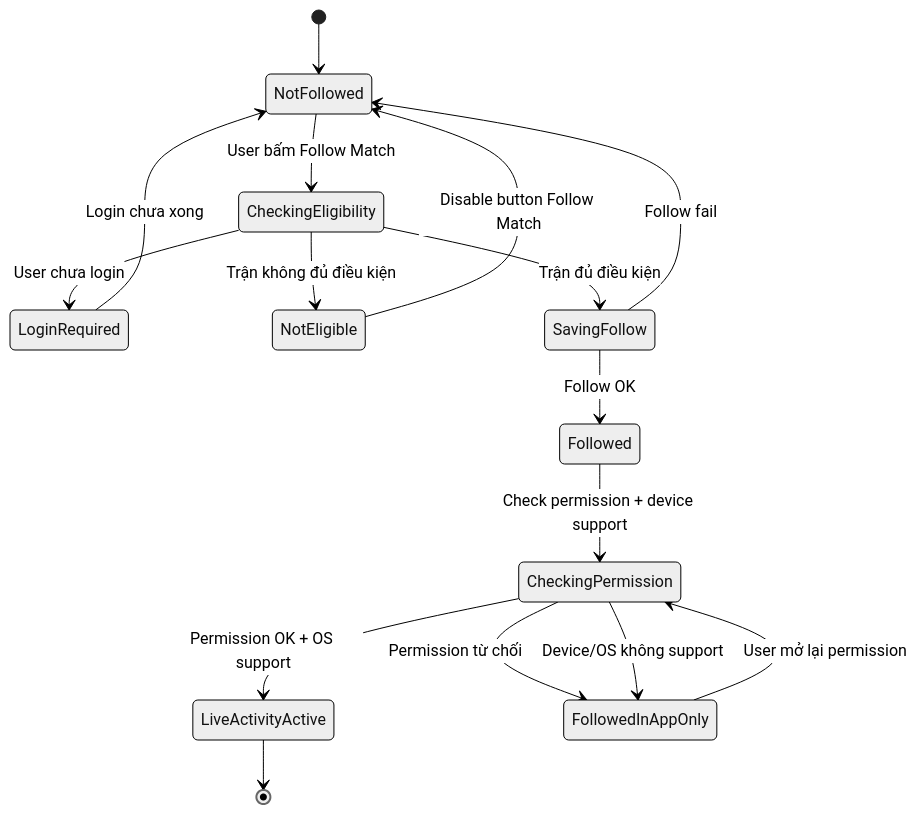
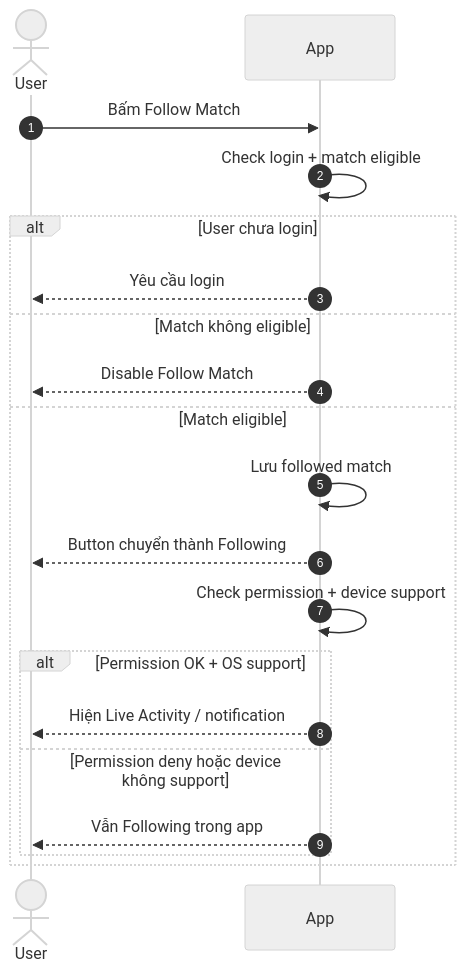
The first of 4 diagrams in features/final-docs/Sport-Zone/Live-Activity/product/live-activity-user-flows-functional-requirements.md (duongdang1136/FPTPLay), drawn with Mermaid (neutral theme) before and after one commit. The commit also changed other lines of this file, not shown here.

Commit message:
docs: simplify live activity flow diagrams

````diff
--- a/features/final-docs/Sport-Zone/Live-Activity/product/live-activity-user-flows-functional-requirements.md
+++ b/features/final-docs/Sport-Zone/Live-Activity/product/live-activity-user-flows-functional-requirements.md
@@ -215,25 +216,26 @@
 ```mermaid
-stateDiagram-v2
-    [*] --> NotFollowed
+sequenceDiagram
+    autonumber
 
-    NotFollowed --> CheckingEligibility: User bấm Follow Match
+    actor User as User
+    participant App
 
-    CheckingEligibility --> LoginRequired: User chưa login
-    CheckingEligibility --> NotEligible: Trận không đủ điều kiện
-    CheckingEligibility --> SavingFollow: Trận đủ điều kiện
+    User->>App: Bấm Follow Match
+    App->>App: Check login + match eligible
 
-    LoginRequired --> NotFollowed: Login chưa xong
-    NotEligible --> NotFollowed: Disable button Follow Match
+    alt User chưa login
+        App-->>User: Yêu cầu login
+    else Match không eligible
+        App-->>User: Disable Follow Match
+    else Match eligible
+        App->>App: Lưu followed match
+        App-->>User: Button chuyển thành Following
+        App->>App: Check permission + device support
 
-    SavingFollow --> Followed: Follow OK
-    SavingFollow --> NotFollowed: Follow fail
-
-    Followed --> CheckingPermission: Check permission + device support
-
-    CheckingPermission --> LiveActivityActive: Permission OK + OS support
-    CheckingPermission --> FollowedInAppOnly: Permission từ chối
-    CheckingPermission --> FollowedInAppOnly: Device/OS không support
-
-    FollowedInAppOnly --> CheckingPermission: User mở lại permission
-    LiveActivityActive --> [*]
+        alt Permission OK + OS support
+            App-->>User: Hiện Live Activity / notification
+        else Permission deny hoặc device không support
+            App-->>User: Vẫn Following trong app
+        end
+    end
 ```
````
